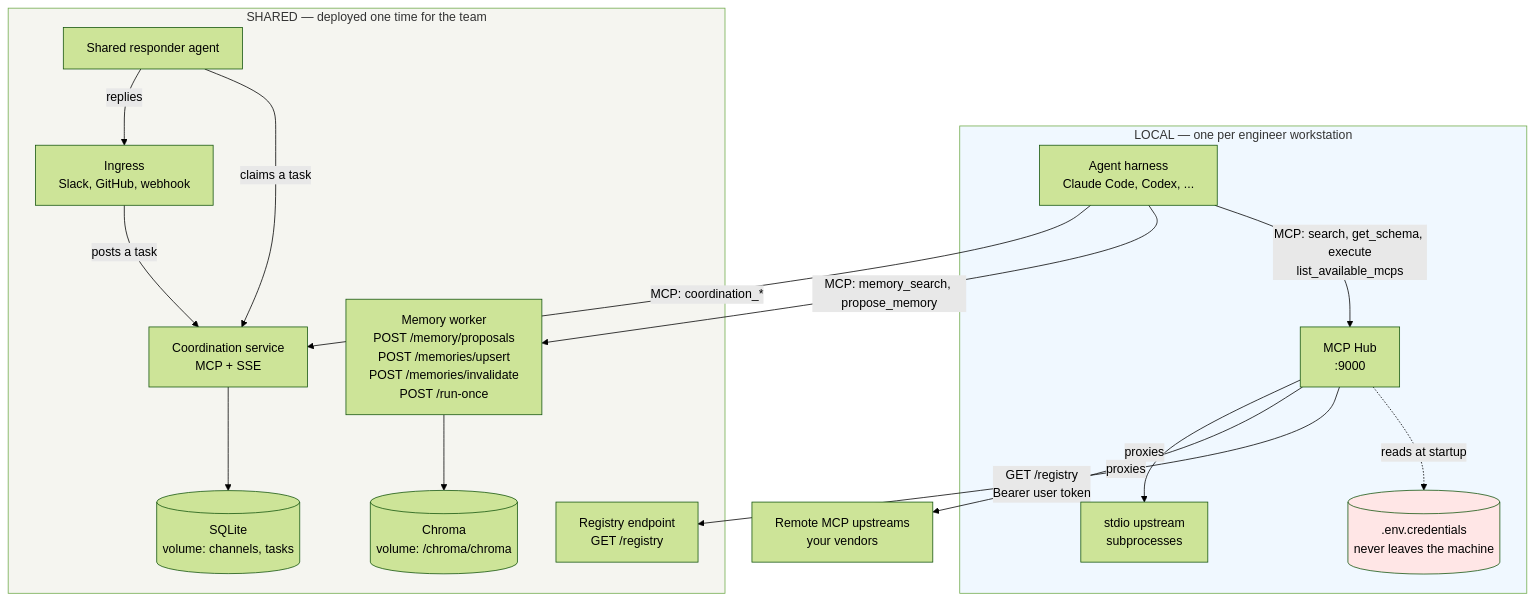
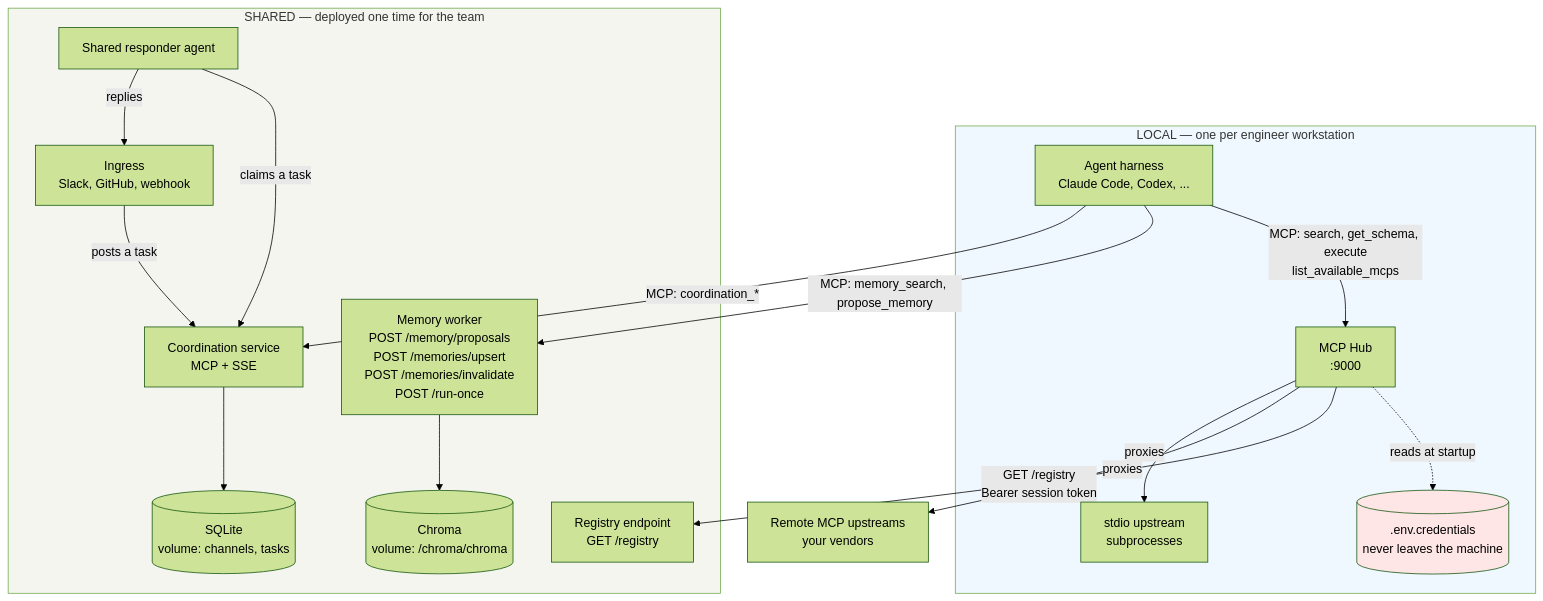
One commit to swiknaba/wagglebot changed the diagram in docs/superpowers/specs/2026-08-28-wagglebot-design.md. Above: the diagram before and after it, drawn with Mermaid (forest theme). The commit also changed other lines of this file and 2 other files, not shown here.

````diff
--- a/docs/superpowers/specs/2026-08-28-wagglebot-design.md
+++ b/docs/superpowers/specs/2026-08-28-wagglebot-design.md
@@ -136,40 +140,40 @@
 ```mermaid
 graph TB
     subgraph WS["LOCAL — one per engineer workstation"]
         AGENT["Agent harness<br/>Claude Code, Codex, ..."]
         HUB["MCP Hub<br/>:9000"]
         CREDS[(".env.credentials<br/>never leaves the machine")]
         STDIO["stdio upstream<br/>subprocesses"]
     end
 
     subgraph SH["SHARED — deployed one time for the team"]
         REG["Registry endpoint<br/>GET /registry"]
         MEM["Memory worker<br/>POST /memory/proposals<br/>POST /memories/upsert<br/>POST /memories/invalidate<br/>POST /run-once"]
         CHROMA[("Chroma<br/>volume: /chroma/chroma")]
         COORD["Coordination service<br/>MCP + SSE"]
         SQLITE[("SQLite<br/>volume: channels, tasks")]
         ING["Ingress<br/>Slack, GitHub, webhook"]
         RESP["Shared responder agent"]
     end
 
     REMOTE["Remote MCP upstreams<br/>your vendors"]
 
     AGENT -->|"MCP: search, get_schema, execute<br/>list_available_mcps"| HUB
     AGENT -->|"MCP: memory_search, propose_memory"| MEM
     AGENT -->|"MCP: coordination_*"| COORD
 
     HUB -.->|reads at startup| CREDS
-    HUB -->|"GET /registry<br/>Bearer user token"| REG
+    HUB -->|"GET /registry<br/>Bearer session token"| REG
     HUB -->|proxies| REMOTE
     HUB -->|proxies| STDIO
 
     MEM --> CHROMA
     COORD --> SQLITE
     ING -->|posts a task| COORD
     RESP -->|claims a task| COORD
     RESP -->|replies| ING
 
     style CREDS fill:#ffe6e6
     style WS fill:#f0f8ff
     style SH fill:#f5f5f0
 ```
````
